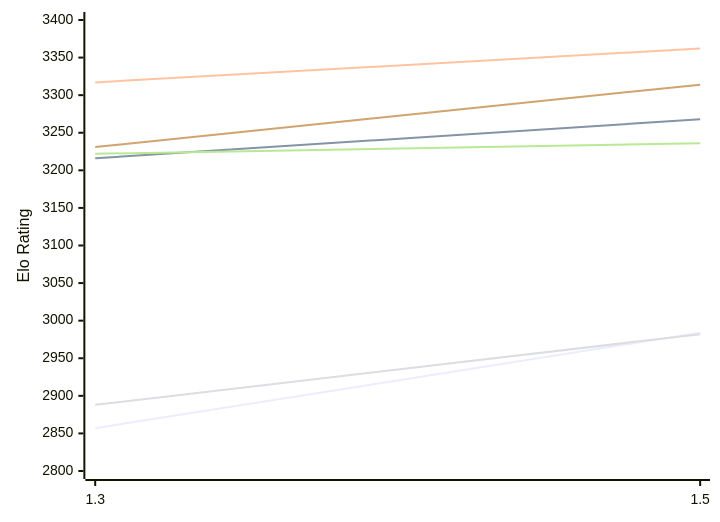
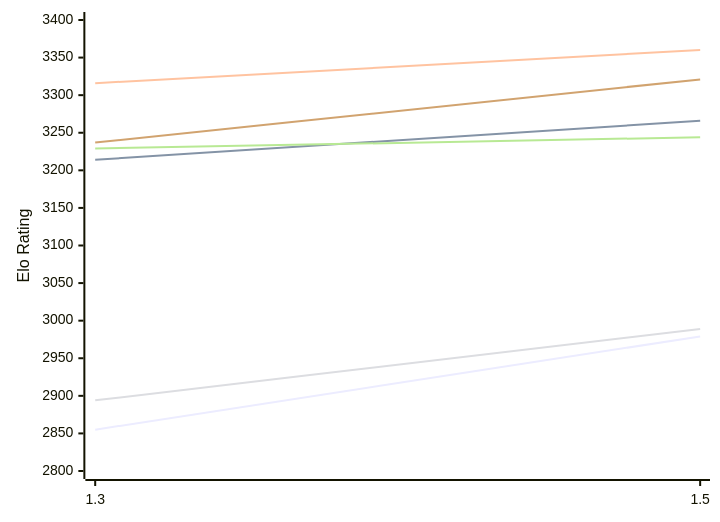
Before and after one commit to computer-chess-index/cci: the first of 2 diagrams in engines/Lambergar.md, drawn with Mermaid. The commit also changed other lines of this file, not shown here.

Commit message:
Update CCI Ratings (ELO VLTC) - 2026-11-23

````diff
--- a/engines/Lambergar.md
+++ b/engines/Lambergar.md
@@ -50,12 +50,12 @@
 ```mermaid
 %%{init: {"theme":"base","themeVariables":{"seriesColors:['#a3a3a3','#222221','#faa371']}}}%%
 xychart-beta
   x-axis ["1.3", "1.5"]
   y-axis "Elo Rating" 2800 --> 3400
-  line "E1: STC (8.0+0.08s)" [2857, 2984]
-  line "E1: LTC (60.0+0.60s)" [3216, 3268]
-  line "E1: VLTC (2m24s+1.12s)" [3317, 3362]
-  line "P1: STC (8.0+0.08s)" [2888, 2982]
-  line "P1: LTC (60.0+0.60s)" [3222, 3236]
-  line "P1: VLTC (2m24s+1.12s)" [3231, 3314]
+  line "E1: STC (8.0+0.08s)" [2855, 2979]
+  line "E1: LTC (60.0+0.60s)" [3214, 3266]
+  line "E1: VLTC (2m24s+1.12s)" [3316, 3360]
+  line "P1: STC (8.0+0.08s)" [2894, 2989]
+  line "P1: LTC (60.0+0.60s)" [3229, 3244]
+  line "P1: VLTC (2m24s+1.12s)" [3237, 3321]
 ```
````
